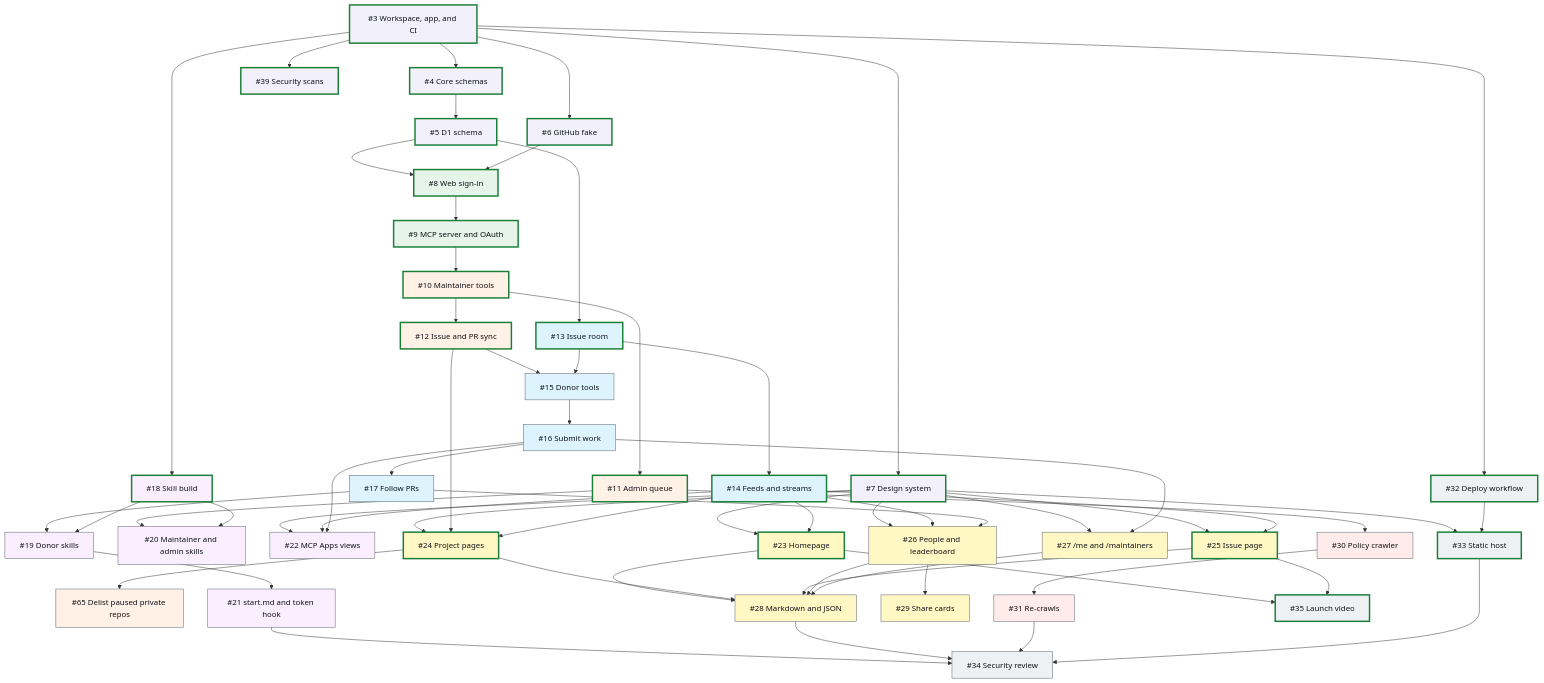
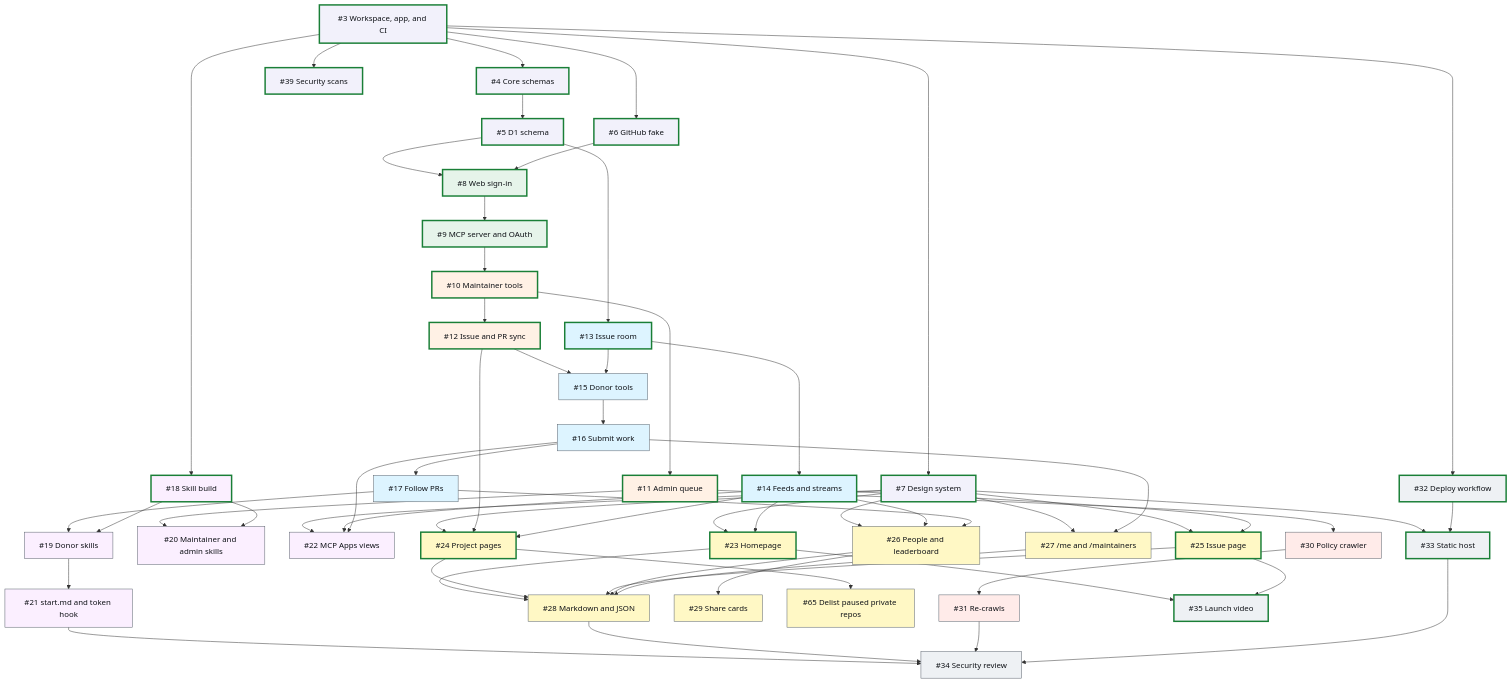
The diagram in ROADMAP.md (meanwhileso/goodfirsttoken), drawn with Mermaid before and after one commit. The commit also changed 6 other files, not shown here.

```diff
--- a/ROADMAP.md
+++ b/ROADMAP.md
@@ -134,7 +134,6 @@
   n10["#10 Maintainer tools"]:::m3
   n11["#11 Admin queue"]:::m3
   n12["#12 Issue and PR sync"]:::m3
-  n65["#65 Delist paused private repos"]:::m3
   n13["#13 Issue room"]:::m4
   n14["#14 Feeds and streams"]:::m4
   n15["#15 Donor tools"]:::m4
@@ -152,6 +151,7 @@
   n27["#27 /me and /maintainers"]:::m6
   n28["#28 Markdown and JSON"]:::m6
   n29["#29 Share cards"]:::m6
+  n65["#65 Delist paused private repos"]:::m6
   n30["#30 Policy crawler"]:::m7
   n31["#31 Re-crawls"]:::m7
   n32["#32 Deploy workflow"]:::m8
```
